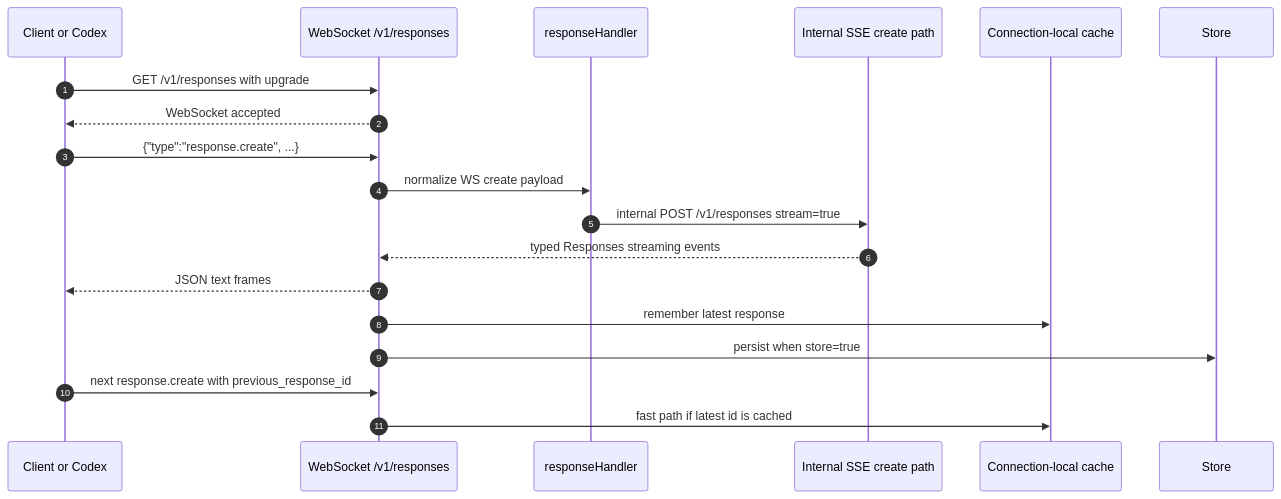
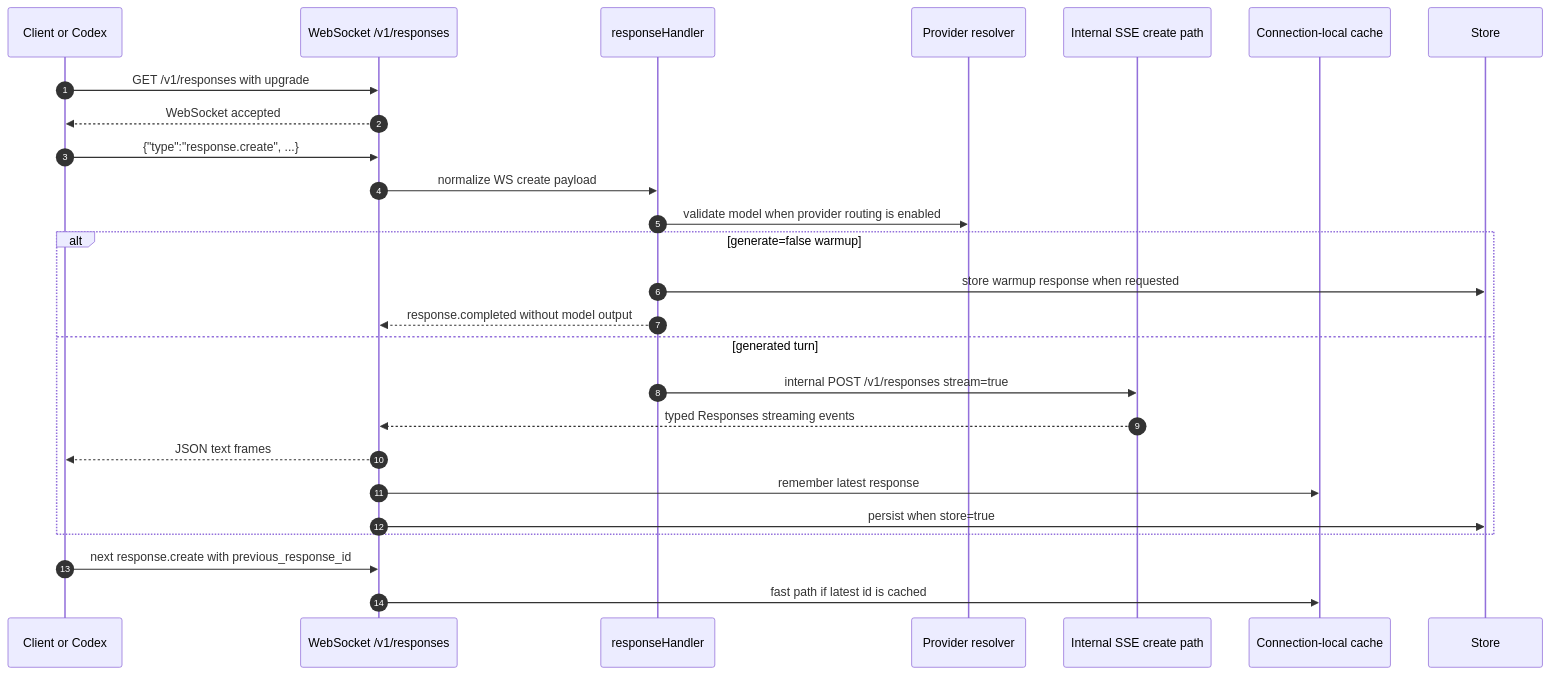
One commit to avelrl/llama_shim changed the ninth of 25 diagrams in docs/engineering/openai-api-choreography-atlas.md. Above: the diagram before and after it, drawn with Mermaid. The commit also changed other lines of this file and 30 other files, not shown here.

Commit message:
Add upstream provider routing

````diff
--- a/docs/engineering/openai-api-choreography-atlas.md
+++ b/docs/engineering/openai-api-choreography-atlas.md
@@ -336,22 +348,29 @@
 ```mermaid
 sequenceDiagram
   autonumber
   participant C as Client or Codex
   participant W as WebSocket /v1/responses
   participant H as responseHandler
+  participant R as Provider resolver
   participant SSE as Internal SSE create path
   participant Cache as Connection-local cache
   participant DB as Store
 
   C->>W: GET /v1/responses with upgrade
   W-->>C: WebSocket accepted
   C->>W: {"type":"response.create", ...}
   W->>H: normalize WS create payload
-  H->>SSE: internal POST /v1/responses stream=true
-  SSE-->>W: typed Responses streaming events
-  W-->>C: JSON text frames
-  W->>Cache: remember latest response
-  W->>DB: persist when store=true
+  H->>R: validate model when provider routing is enabled
+  alt generate=false warmup
+    H->>DB: store warmup response when requested
+    H-->>W: response.completed without model output
+  else generated turn
+    H->>SSE: internal POST /v1/responses stream=true
+    SSE-->>W: typed Responses streaming events
+    W-->>C: JSON text frames
+    W->>Cache: remember latest response
+    W->>DB: persist when store=true
+  end
   C->>W: next response.create with previous_response_id
   W->>Cache: fast path if latest id is cached
 ```
````
